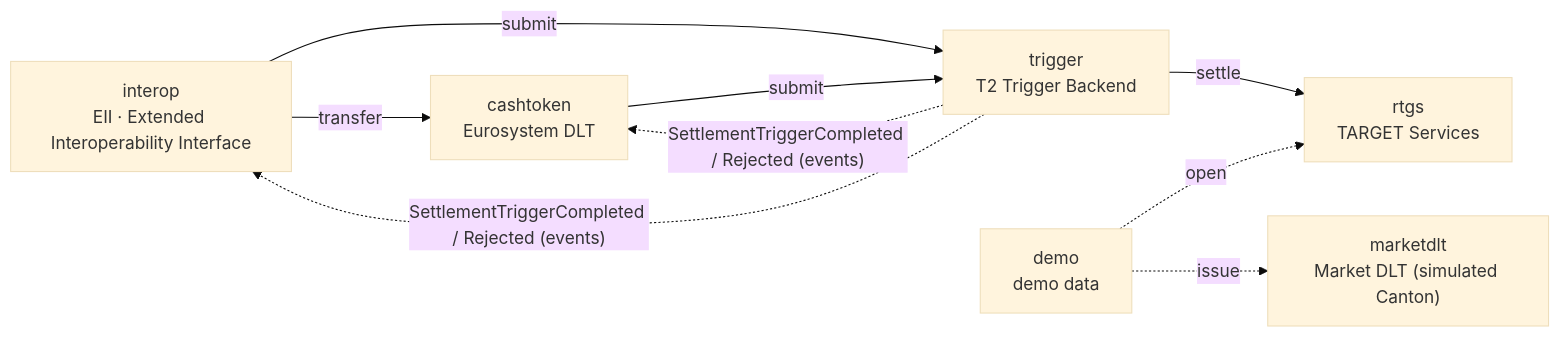
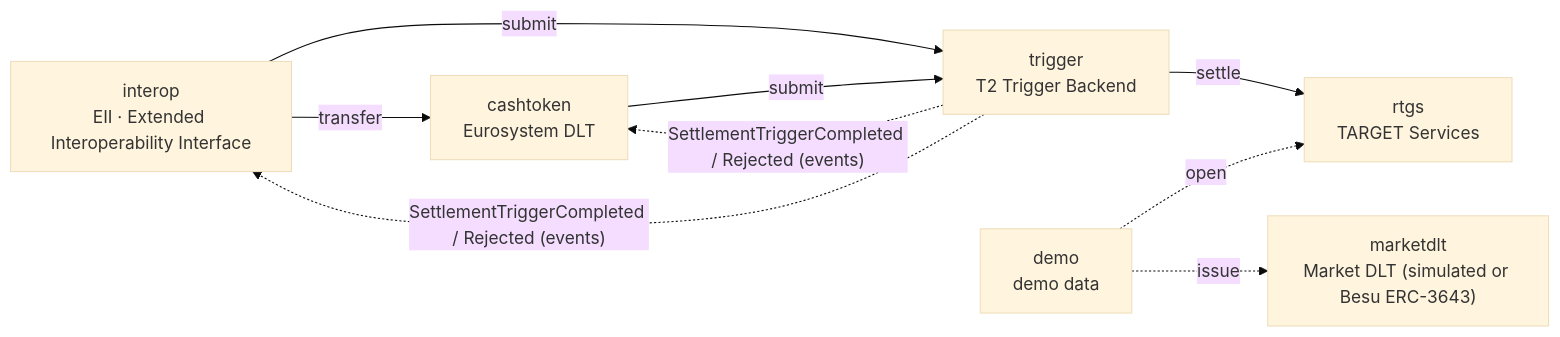
One commit to Bonnai2112/pontes-dlt-settlement changed the first of 4 diagrams in README.md. Above: the diagram before and after it, drawn with Mermaid (base theme). The commit also changed other lines of this file and 39 other files, not shown here.

First line of the commit message:
feat(marketdlt): market DLT on Besu with ERC-3643 securities

````diff
--- a/README.md
+++ b/README.md
@@ -60,19 +62,19 @@
 ```mermaid
 flowchart LR
     interop["interop<br/>EII · Extended Interoperability Interface"]
     cashtoken["cashtoken<br/>Eurosystem DLT"]
     trigger["trigger<br/>T2 Trigger Backend"]
     rtgs["rtgs<br/>TARGET Services"]
-    marketdlt["marketdlt<br/>Market DLT (simulated Canton)"]
+    marketdlt["marketdlt<br/>Market DLT (simulated or Besu ERC-3643)"]
     demo["demo<br/>demo data"]
 
     interop -->|transfer| cashtoken
     interop -->|submit| trigger
     cashtoken -->|submit| trigger
     trigger -->|settle| rtgs
     demo -.->|open| rtgs
     demo -.->|issue| marketdlt
 
     trigger -. "SettlementTriggerCompleted / Rejected (events)" .-> cashtoken
     trigger -. "SettlementTriggerCompleted / Rejected (events)" .-> interop
 ```
````
